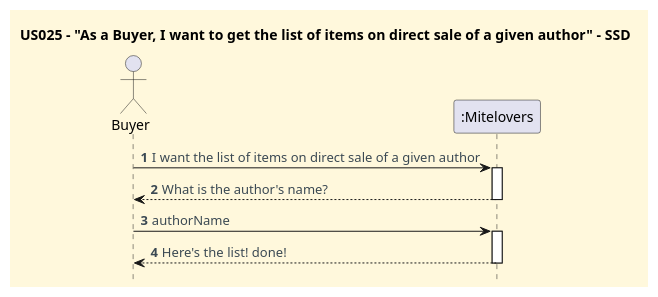
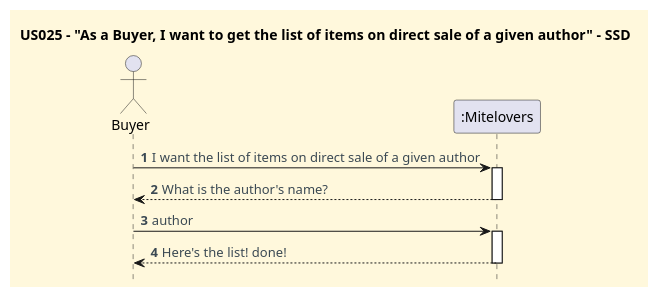
One commit to CarolinaLeite-collab/JavaMarketplacePlatform changed the diagram in docs/userStories/US025/US025_get_list_of_items_on_direct_sale_of_given_author_SSD.puml. Above: the diagram before and after it, drawn with PlantUML.

Commit message:
#111 - updated SSD

```diff
--- a/docs/userStories/US025/US025_get_list_of_items_on_direct_sale_of_given_author_SSD.puml
+++ b/docs/userStories/US025/US025_get_list_of_items_on_direct_sale_of_given_author_SSD.puml
@@ -1,33 +1,33 @@
 @startuml
 title US025 – "As a Buyer, I want to get the list of items on direct sale of a given author" - SSD
 hidefootbox
 
 '==== basic style ====
 skinparam monochrome false
 skinparam shadowing false
 skinparam defaultFontName Futura
 skinparam objectFontSize 20
 skinparam backgroundColor CornSilk
 skinparam objectBackgroundColor WhiteSmoke
 skinparam noteBackgroundColor #FFFFE0
 skinparam ArrowFontColor #3B4953
 skinparam ActivationBackgroundColor black
 
 autonumber
 autoactivate off
 
 ' --- Actor and participants ---
 actor Buyer
 participant ":Mitelovers" as System
 
 ' --- System dialog ---
 Buyer -> System: I want the list of items on direct sale of a given author
 activate "System"
 System --> Buyer: What is the author's name?
 deactivate "System"
-Buyer -> System: authorName
+Buyer -> System: author
 activate "System"
 System --> Buyer: Here's the list! done!
 deactivate "System"
 
 @enduml
```
